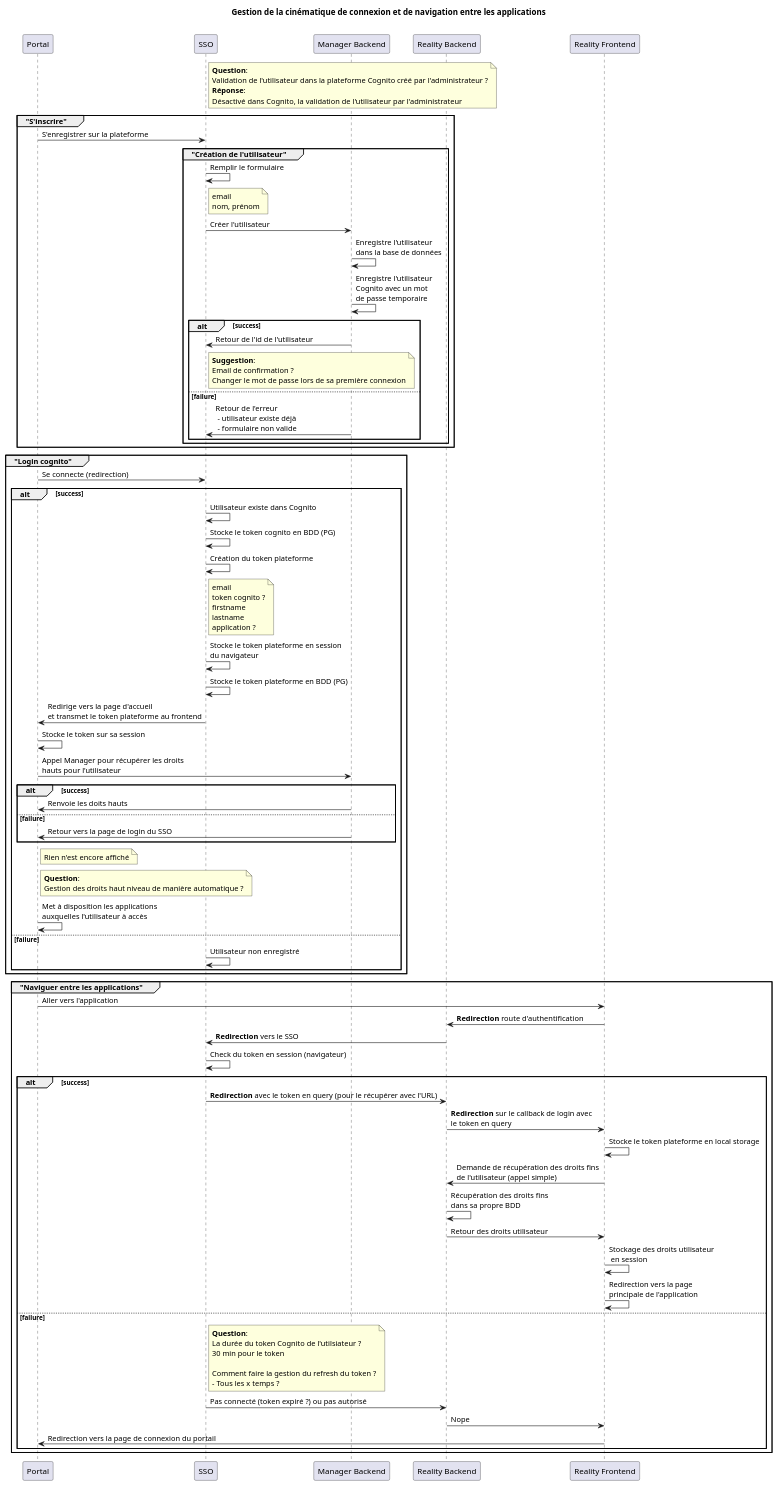
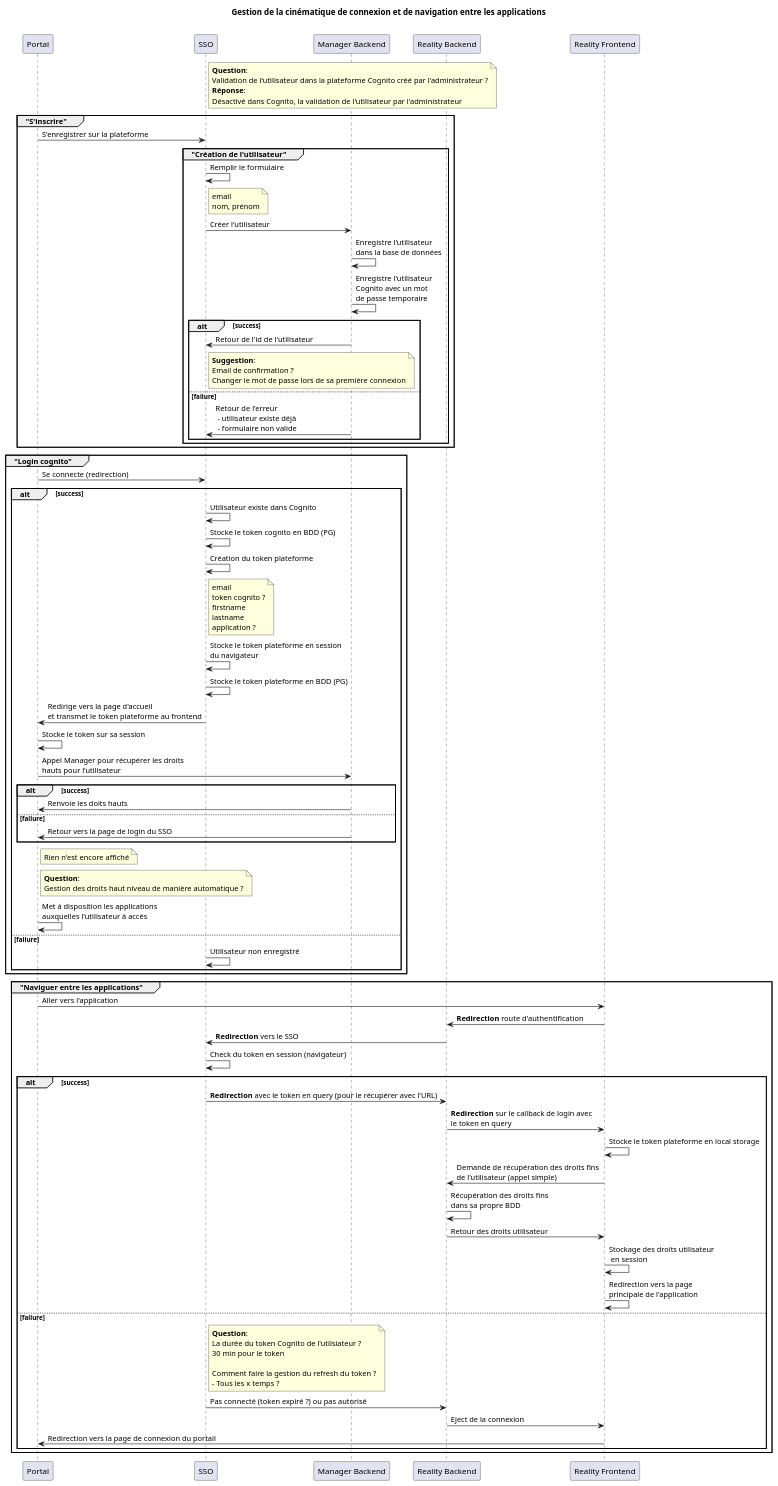
The diagram in 01.byd-DataFactory/4.DeploymentDossier/seq_sso.puml (cogirep/documentation), drawn with PlantUML before and after one commit. The commit also changed 1 other file, not shown here.

Commit message:
docs: sequence diagram for SSO

```diff
--- a/01.byd-DataFactory/4.DeploymentDossier/seq_sso.puml
+++ b/01.byd-DataFactory/4.DeploymentDossier/seq_sso.puml
@@ -1,118 +1,118 @@
 @startuml seq_sso
 title 
 Gestion de la cinématique de connexion et de navigation entre les applications
 
 end title
 
 participant "Portal" as P
 participant "SSO" as SSO
 participant "Manager Backend" as M
 participant "Reality Backend" as RB
 participant "Reality Frontend" as RF
 
 note right SSO
   **Question**:
   Validation de l'utilisateur dans la plateforme Cognito créé par l'administrateur ?
   **Réponse**:
   Désactivé dans Cognito, la validation de l'utilisateur par l'administrateur
 end note
 
 group "S'inscrire"
   P -> SSO: S'enregistrer sur la plateforme
   group "Création de l'utilisateur"
     SSO -> SSO: Remplir le formulaire
     note right SSO
       email
       nom, prénom
     end note
     SSO -> M: Créer l'utilisateur
     M -> M: Enregistre l'utilisateur \ndans la base de données
     M -> M: Enregistre l'utilisateur \nCognito avec un mot \nde passe temporaire
     alt success
       M -> SSO: Retour de l'id de l'utilisateur
       note right SSO
         **Suggestion**:
         Email de confirmation ?
         Changer le mot de passe lors de sa première connexion
       end note
     else failure
       M -> SSO: Retour de l'erreur \n - utilisateur existe déjà \n - formulaire non valide
     end
   end
 end
 
 group "Login cognito"
   
   P -> SSO: Se connecte (redirection)
   alt success
     SSO -> SSO: Utilisateur existe dans Cognito
 
     SSO -> SSO: Stocke le token cognito en BDD (PG)
     SSO -> SSO: Création du token plateforme
     note right SSO
       email
       token cognito ?
       firstname
       lastname
       application ?
     end note
     SSO -> SSO: Stocke le token plateforme en session \ndu navigateur
     SSO -> SSO: Stocke le token plateforme en BDD (PG)
     
     SSO -> P: Redirige vers la page d'accueil \net transmet le token plateforme au frontend
 
     P -> P: Stocke le token sur sa session
     P -> M: Appel Manager pour récupérer les droits \nhauts pour l'utilisateur
     alt success
       M -> P: Renvoie les doits hauts
     else failure
       M -> P: Retour vers la page de login du SSO
     end
 
     note right P
       Rien n'est encore affiché
     end note
 
     note right P
       **Question**:
       Gestion des droits haut niveau de manière automatique ?
     end note
 
     P -> P: Met à disposition les applications \nauxquelles l'utilisateur à accès
   else failure
     SSO -> SSO: Utilisateur non enregistré
   end
   
 end 
 
 group "Naviguer entre les applications"
   P -> RF: Aller vers l'application
   RF -> RB: **Redirection** route d'authentification
   RB -> SSO: **Redirection** vers le SSO
   SSO -> SSO: Check du token en session (navigateur)
 
   alt success
     SSO -> RB: **Redirection** avec le token en query (pour le récupérer avec l'URL)
     RB -> RF: **Redirection** sur le callback de login avec \nle token en query
     RF -> RF: Stocke le token plateforme en local storage
     RF -> RB: Demande de récupération des droits fins \nde l'utilisateur (appel simple)
     RB -> RB: Récupération des droits fins \ndans sa propre BDD
     RB -> RF: Retour des droits utilisateur
     RF -> RF: Stockage des droits utilisateur \n en session
     RF -> RF: Redirection vers la page \nprincipale de l'application
   else failure
     note right SSO
       **Question**:
       La durée du token Cognito de l'utilsiateur ?
       30 min pour le token
 
       Comment faire la gestion du refresh du token ?
       - Tous les x temps ?
     end note
     SSO -> RB: Pas connecté (token expiré ?) ou pas autorisé
-    RB -> RF: Nope
+    RB -> RF: Eject de la connexion
     RF -> P: Redirection vers la page de connexion du portail
   end
 end
 
 @enduml
```
